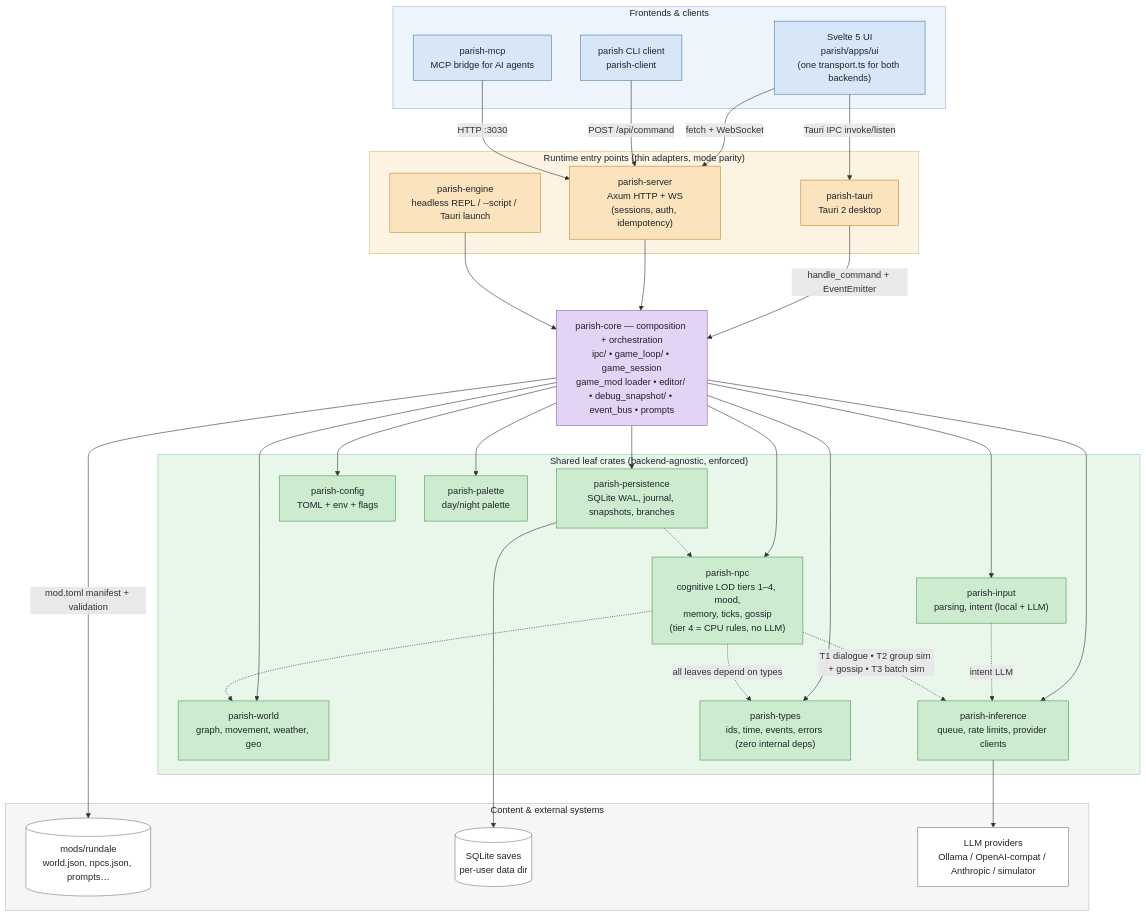
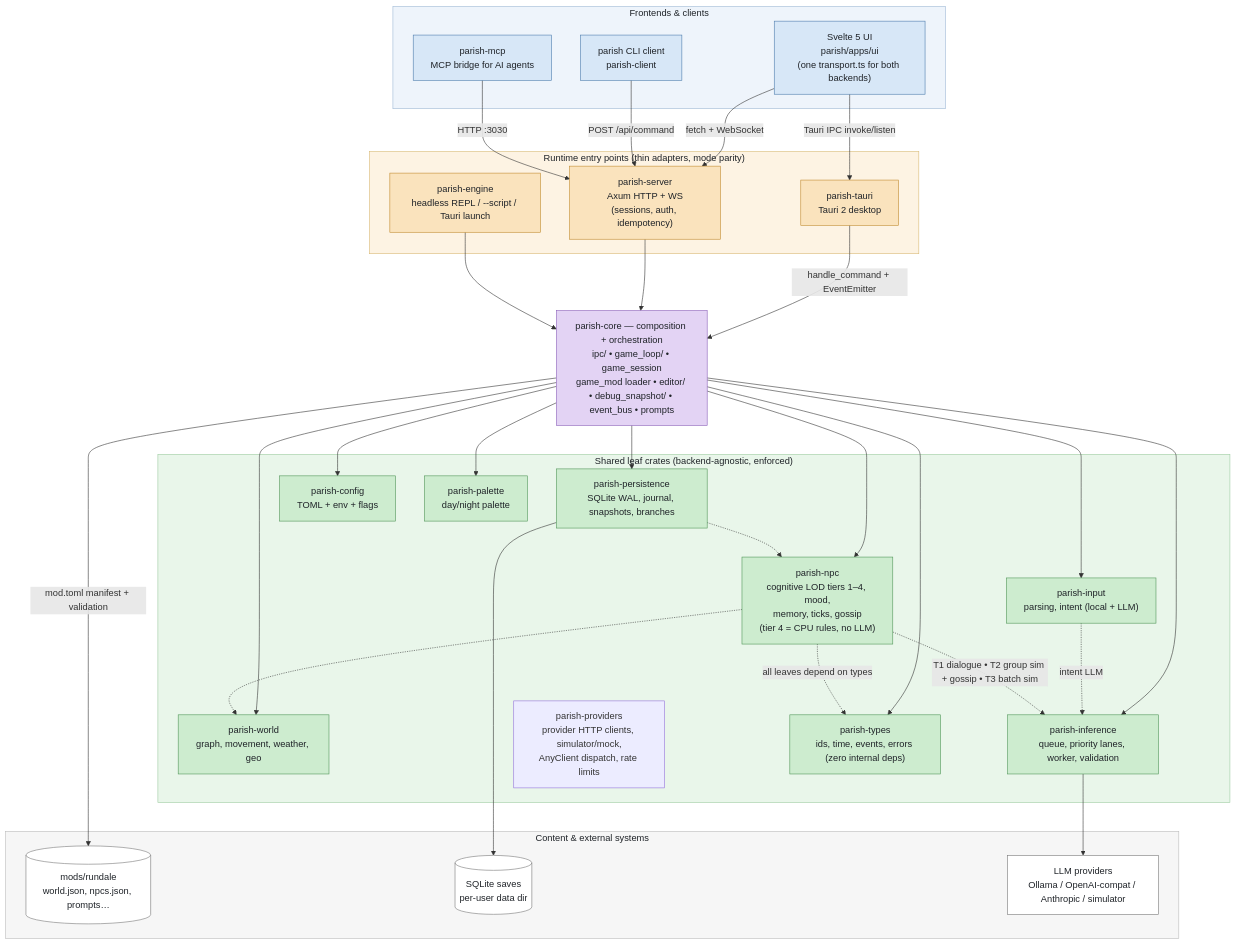
The second of 2 diagrams in README.md (dmooney/Rundale), drawn with Mermaid before and after one commit. The commit also changed other lines of this file and 29 other files, not shown here.

````diff
--- a/README.md
+++ b/README.md
@@ -286,68 +286,69 @@
 ```mermaid
 flowchart TB
     subgraph clients["Frontends & clients"]
         UI["Svelte 5 UI<br/>parish/apps/ui<br/>(one transport.ts for both backends)"]
         CLI["parish CLI client<br/>parish-client"]
         MCP["parish-mcp<br/>MCP bridge for AI agents"]
     end
 
     subgraph entry["Runtime entry points (thin adapters, mode parity)"]
         TAURI["parish-tauri<br/>Tauri 2 desktop"]
         SERVER["parish-server<br/>Axum HTTP + WS<br/>(sessions, auth, idempotency)"]
         ENGINE["parish-engine<br/>headless REPL / --script / Tauri launch"]
     end
 
     CORE["parish-core — composition + orchestration<br/>ipc/ • game_loop/ • game_session<br/>game_mod loader • editor/ • debug_snapshot/ • event_bus • prompts"]
 
     subgraph leaf["Shared leaf crates (backend-agnostic, enforced)"]
         WORLD["parish-world<br/>graph, movement, weather, geo"]
         NPC["parish-npc<br/>cognitive LOD tiers 1–4, mood,<br/>memory, ticks, gossip<br/>(tier 4 = CPU rules, no LLM)"]
         INPUT["parish-input<br/>parsing, intent (local + LLM)"]
-        INFER["parish-inference<br/>queue, rate limits, provider clients"]
+        INFER["parish-inference<br/>queue, priority lanes, worker, validation"]
+        PROVIDERS["parish-providers<br/>provider HTTP clients, simulator/mock,<br/>AnyClient dispatch, rate limits"]
         PERSIST["parish-persistence<br/>SQLite WAL, journal, snapshots, branches"]
         CONFIG["parish-config<br/>TOML + env + flags"]
         PALETTE["parish-palette<br/>day/night palette"]
         TYPES["parish-types<br/>ids, time, events, errors (zero internal deps)"]
     end
 
     subgraph external["Content & external systems"]
         MODS[("mods/rundale<br/>world.json, npcs.json, prompts…")]
         DB[("SQLite saves<br/>per-user data dir")]
         LLM["LLM providers<br/>Ollama / OpenAI-compat / Anthropic / simulator"]
     end
 
     UI -- "Tauri IPC invoke/listen" --> TAURI
     UI -- "fetch + WebSocket" --> SERVER
     CLI -- "POST /api/command" --> SERVER
     MCP -- "HTTP :3030" --> SERVER
 
     TAURI -- "handle_command + EventEmitter" --> CORE
     SERVER --> CORE
     ENGINE --> CORE
 
     CORE --> WORLD & NPC & INPUT & INFER & PERSIST & CONFIG & PALETTE & TYPES
     INPUT -. "intent LLM" .-> INFER
     NPC -. "T1 dialogue • T2 group sim + gossip • T3 batch sim" .-> INFER
     NPC -.-> WORLD
     PERSIST -.-> NPC
     NPC -. "all leaves depend on types" .-> TYPES
 
     CORE -- "mod.toml manifest + validation" --> MODS
     PERSIST --> DB
     INFER --> LLM
 
     classDef clientNode fill:#d7e7f7,stroke:#4a7aab,color:#1f2328
     classDef entryNode fill:#fae3bd,stroke:#c08a2e,color:#1f2328
     classDef coreNode fill:#e3d3f4,stroke:#8a5fb8,color:#1f2328
     classDef leafNode fill:#cdeccf,stroke:#4f9457,color:#1f2328
     classDef extNode fill:#ffffff,stroke:#777777,color:#1f2328
     class UI,CLI,MCP clientNode
     class TAURI,SERVER,ENGINE entryNode
     class CORE coreNode
     class WORLD,NPC,INPUT,INFER,PERSIST,CONFIG,PALETTE,TYPES leafNode
     class MODS,DB,LLM extNode
     style clients fill:#eef4fb,stroke:#9db8d4,color:#1f2328
     style entry fill:#fdf3e3,stroke:#d8b873,color:#1f2328
     style leaf fill:#e9f6ea,stroke:#9ccca0,color:#1f2328
     style external fill:#f6f6f6,stroke:#bbbbbb,color:#1f2328
 ```
````
